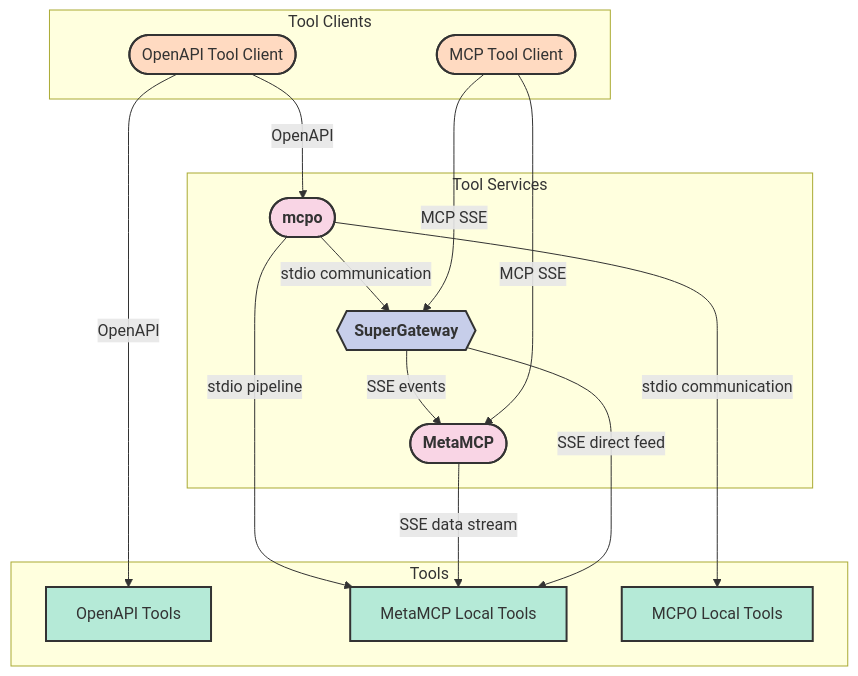
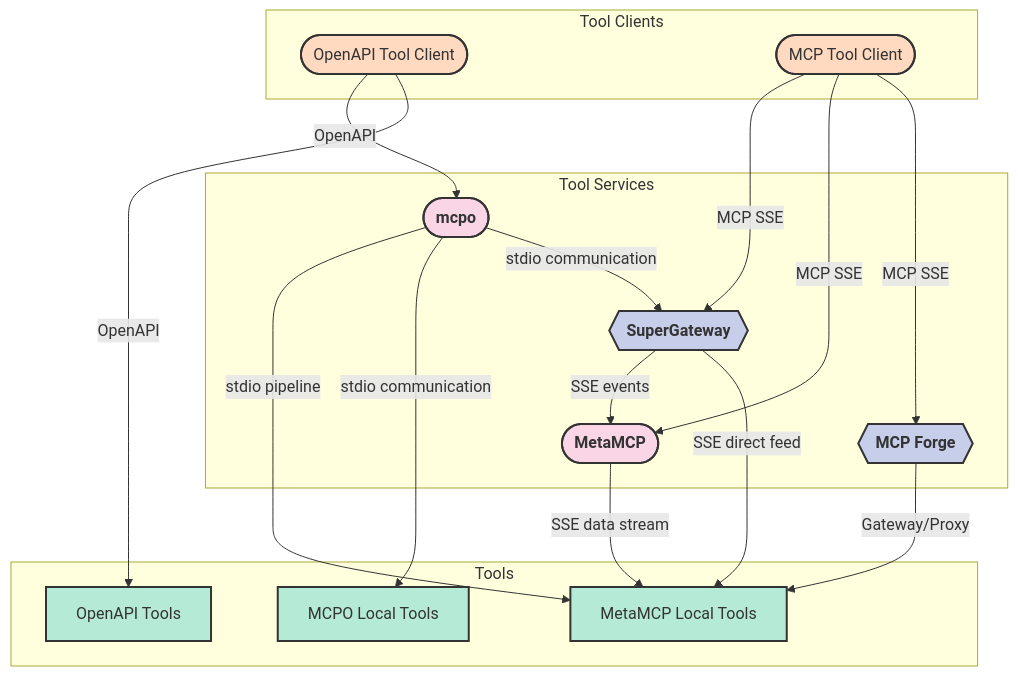
Before and after one commit to av/harbor: the diagram in docs/1.2-Tools.md, drawn with Mermaid. The commit also changed other lines of this file and 9 other files, not shown here.

````diff
--- a/docs/1.2-Tools.md
+++ b/docs/1.2-Tools.md
@@ -13,40 +13,43 @@
 ```mermaid
 flowchart
     %% Styling nodes with custom shapes and colors
 
     subgraph "Tool Clients"
       webui([OpenAPI Tool Client]):::database
       mcp-tool-client([MCP Tool Client]):::database
     end
 
     subgraph "Tools"
       openapi[OpenAPI Tools]:::tools
       mcp[MetaMCP Local Tools]:::tools
       mcpo-local[MCPO Local Tools]:::tools
     end
 
     subgraph "Tool Services"
       mcpo([mcpo]):::interface
       metamcp([MetaMCP]):::interface
+      mcpforge{{MCP Forge}}:::gateway
       supergateway{{SuperGateway}}:::gateway
     end
 
     %% Connections with descriptive labels and styling
     webui -->|"OpenAPI"| mcpo
     webui -->|"OpenAPI"| openapi
     mcpo -->|"stdio pipeline"| mcp
     mcpo -->|"stdio communication"| mcpo-local
     mcpo -->|"stdio communication"| supergateway
     supergateway -->|"SSE events"| metamcp
     metamcp -->|"SSE data stream"| mcp
     supergateway -->|"SSE direct feed"| mcp
     mcp-tool-client -->|MCP SSE| supergateway
     mcp-tool-client -->|MCP SSE| metamcp
+    mcp-tool-client -->|MCP SSE| mcpforge
+    mcpforge -->|"Gateway/Proxy"| mcp
 
     %% Custom styling classes
     classDef interface fill:#f9d5e5,stroke:#333,stroke-width:2px,color:#333,font-weight:bold
     classDef processor fill:#eeeeee,stroke:#333,stroke-width:2px,color:#333
     classDef tools fill:#b5ead7,stroke:#333,stroke-width:2px,color:#333
     classDef gateway fill:#c7ceea,stroke:#333,stroke-width:2px,color:#333,font-weight:bold
     classDef database fill:#ffdac1,stroke:#333,stroke-width:2px,color:#333
 ```
````
